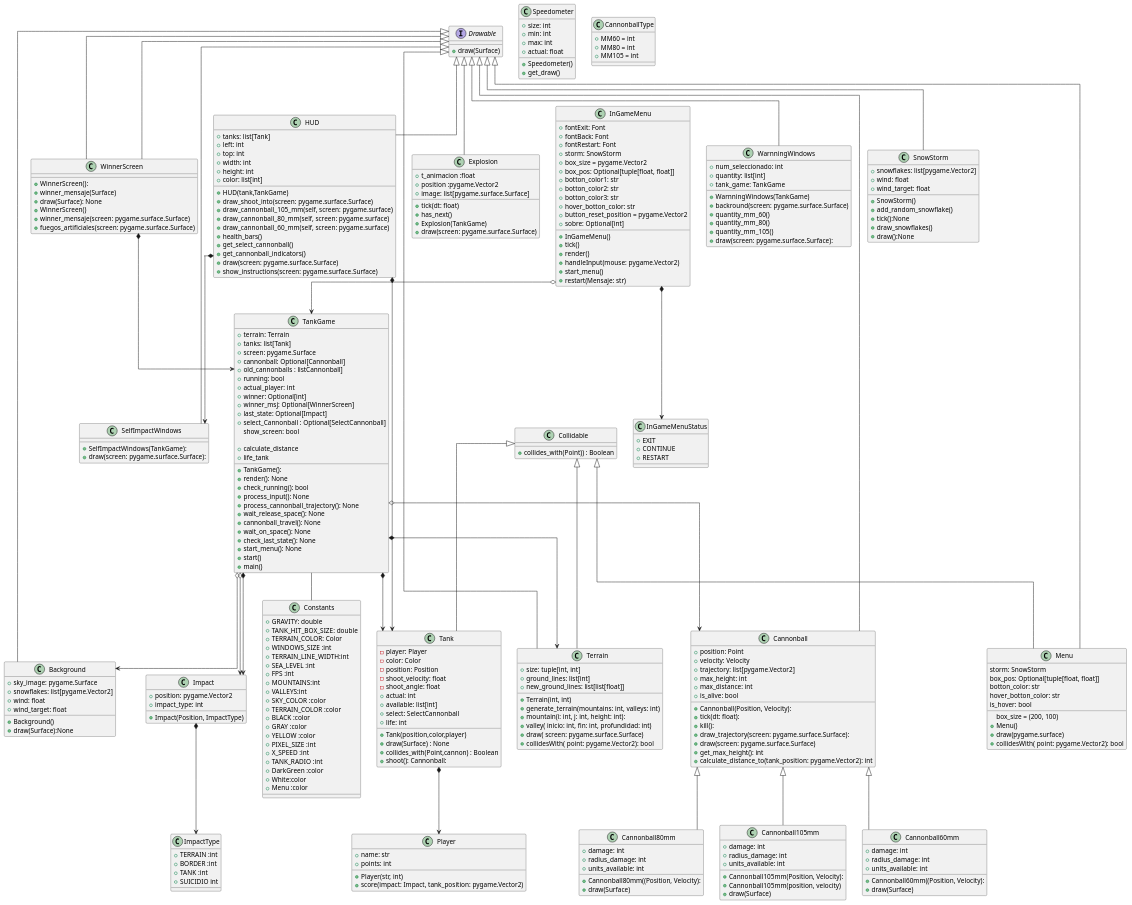
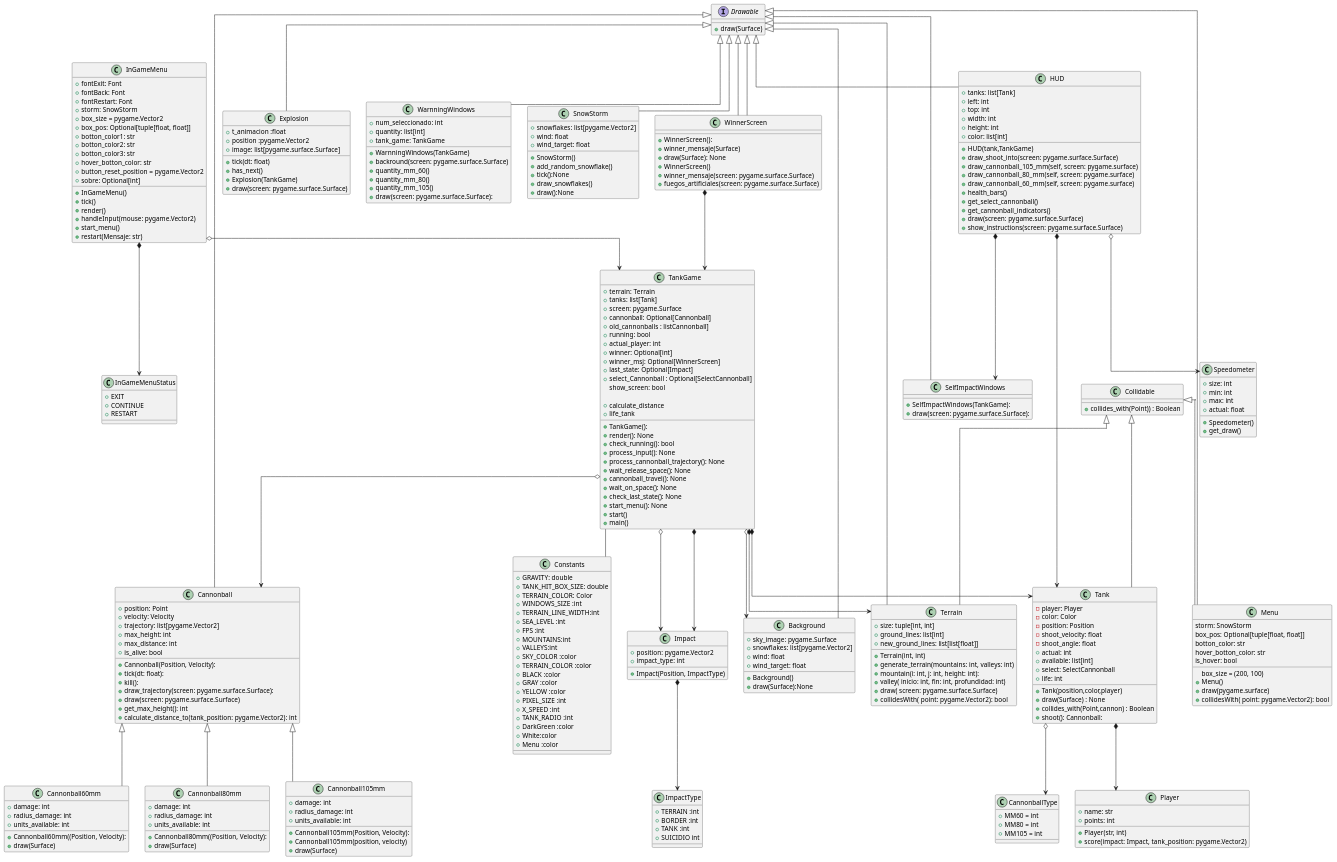
The diagram in uml/entire.plantuml (fraco-oxza/tankGame), drawn with PlantUML before and after one commit.

Commit message:
fin cambios uml

```diff
--- a/uml/entire.plantuml
+++ b/uml/entire.plantuml
@@ -303,7 +303,9 @@
 TankGame o--> Background
 TankGame o--> Impact
 Tank *--> Player
+Tank o--> CannonballType
 HUD *--> Tank
+HUD o--> Speedometer
 HUD *--> SelfImpactWindows
 Impact *--> ImpactType
 TankGame *--> Impact
```
